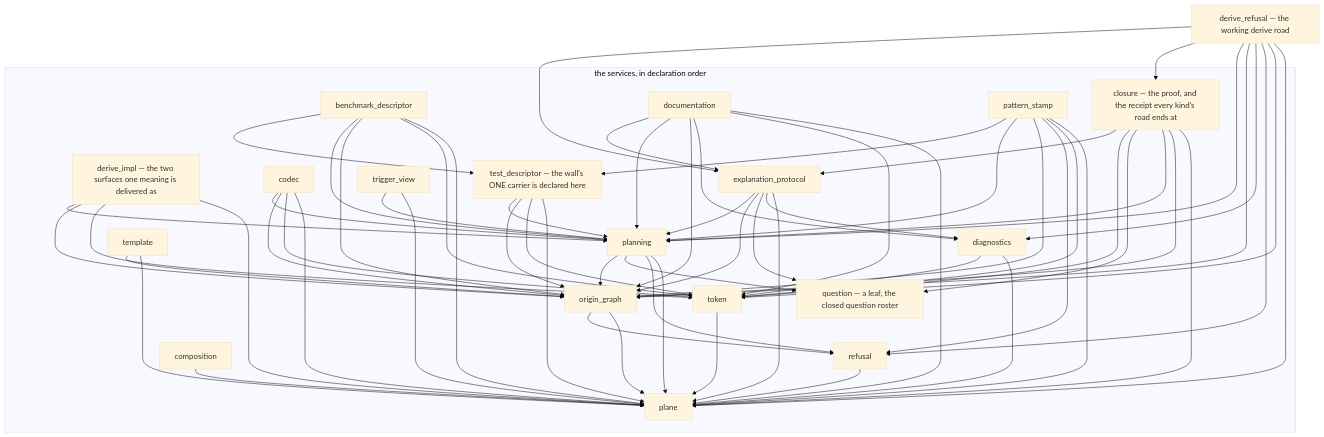
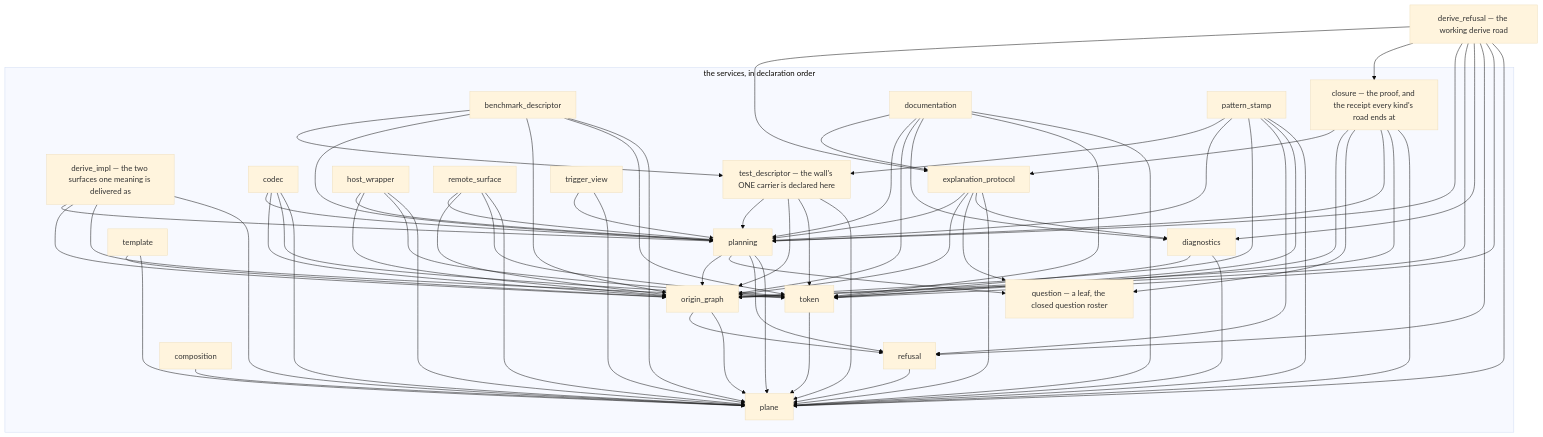
One commit to freebatteryfactory/Macroonz changed the second of 2 diagrams in macros/macroc/README.md. Above: the diagram before and after it, drawn with Mermaid (base theme). The commit also changed 53 other files, not shown here.

````diff
--- a/macros/macroc/README.md
+++ b/macros/macroc/README.md
@@ -104,69 +104,77 @@
 ```mermaid
 flowchart TD
     subgraph SVC["the services, in declaration order"]
         TOK["token"] --> PLN["plane"]
         REF["refusal"] --> PLN
         DIA["diagnostics"] --> PLN
         DIA --> TOK
         QUE["question — a leaf, the closed question roster"]
         OG["origin_graph"] --> PLN
         OG --> REF
         PLAN["planning"] --> PLN
         PLAN --> REF
         PLAN --> QUE
         PLAN --> OG
         DI["derive_impl — the two surfaces one meaning is delivered as"] --> PLN
         DI --> TOK
         DI --> OG
         DI --> PLAN
         COD["codec"] --> PLN
         COD --> TOK
         COD --> OG
         COD --> PLAN
         TD["test_descriptor — the wall's ONE carrier is declared here"] --> PLN
         TD --> TOK
         TD --> OG
         TD --> PLAN
         BD["benchmark_descriptor"] --> PLN
         BD --> TOK
         BD --> OG
         BD --> PLAN
         BD --> TD
+        HW["host_wrapper"] --> PLN
+        HW --> TOK
+        HW --> OG
+        HW --> PLAN
+        RS["remote_surface"] --> PLN
+        RS --> TOK
+        RS --> OG
+        RS --> PLAN
         EXP["explanation_protocol"] --> PLN
         EXP --> DIA
         EXP --> QUE
         EXP --> OG
         EXP --> PLAN
         CLO["closure — the proof, and the receipt every kind's road ends at"] --> PLN
         CLO --> OG
         CLO --> PLAN
         CLO --> QUE
         CLO --> TOK
         CLO --> EXP
         DOC["documentation"] --> PLN
         DOC --> TOK
         DOC --> DIA
         DOC --> OG
         DOC --> PLAN
         DOC --> EXP
         TPL["template"] --> PLN
         TPL --> OG
         TV["trigger_view"] --> PLN
         TV --> PLAN
         CMP["composition"] --> PLN
         PS["pattern_stamp"] --> PLN
         PS --> TOK
         PS --> REF
         PS --> OG
         PS --> PLAN
         PS --> TD
     end
     DR["derive_refusal — the working derive road"] --> PLN
     DR --> TOK
     DR --> REF
     DR --> DIA
     DR --> OG
     DR --> PLAN
     DR --> CLO
     DR --> EXP
 ```
````
